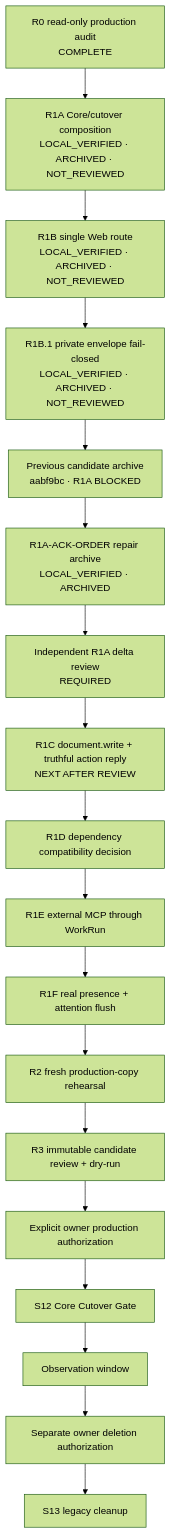
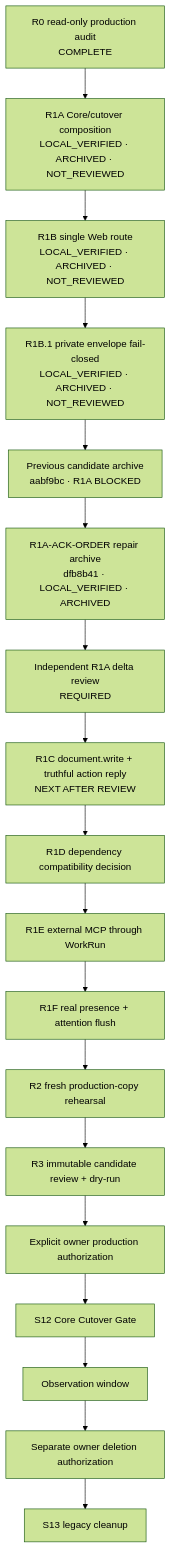
One commit to F-crystal/ran-agent changed the diagram in docs/governance/s12-readiness-topology.md. Above: the diagram before and after it, drawn with Mermaid (forest theme). The commit also changed other lines of this file and 4 other files, not shown here.

````diff
--- a/docs/governance/s12-readiness-topology.md
+++ b/docs/governance/s12-readiness-topology.md
@@ -39,20 +39,20 @@
 ```mermaid
 flowchart TD
     R0["R0 read-only production audit<br/>COMPLETE"] --> R1A["R1A Core/cutover composition<br/>LOCAL_VERIFIED · ARCHIVED · NOT_REVIEWED"]
     R1A --> R1B["R1B single Web route<br/>LOCAL_VERIFIED · ARCHIVED · NOT_REVIEWED"]
     R1B --> R1B1["R1B.1 private envelope fail-closed<br/>LOCAL_VERIFIED · ARCHIVED · NOT_REVIEWED"]
     R1B1 --> RA["Previous candidate archive<br/>aabf9bc · R1A BLOCKED"]
-    RA --> RF["R1A-ACK-ORDER repair archive<br/>LOCAL_VERIFIED · ARCHIVED"]
+    RA --> RF["R1A-ACK-ORDER repair archive<br/>dfb8b41 · LOCAL_VERIFIED · ARCHIVED"]
     RF --> RI["Independent R1A delta review<br/>REQUIRED"]
     RI --> R1C["R1C document.write + truthful action reply<br/>NEXT AFTER REVIEW"]
     R1C --> R1D["R1D dependency compatibility decision"]
     R1D --> R1E["R1E external MCP through WorkRun"]
     R1E --> R1F["R1F real presence + attention flush"]
     R1F --> R2["R2 fresh production-copy rehearsal"]
     R2 --> R3["R3 immutable candidate review + dry-run"]
     R3 --> OA["Explicit owner production authorization"]
     OA --> S12["S12 Core Cutover Gate"]
     S12 --> OBS["Observation window"]
     OBS --> DA["Separate owner deletion authorization"]
     DA --> S13["S13 legacy cleanup"]
 ```
````
